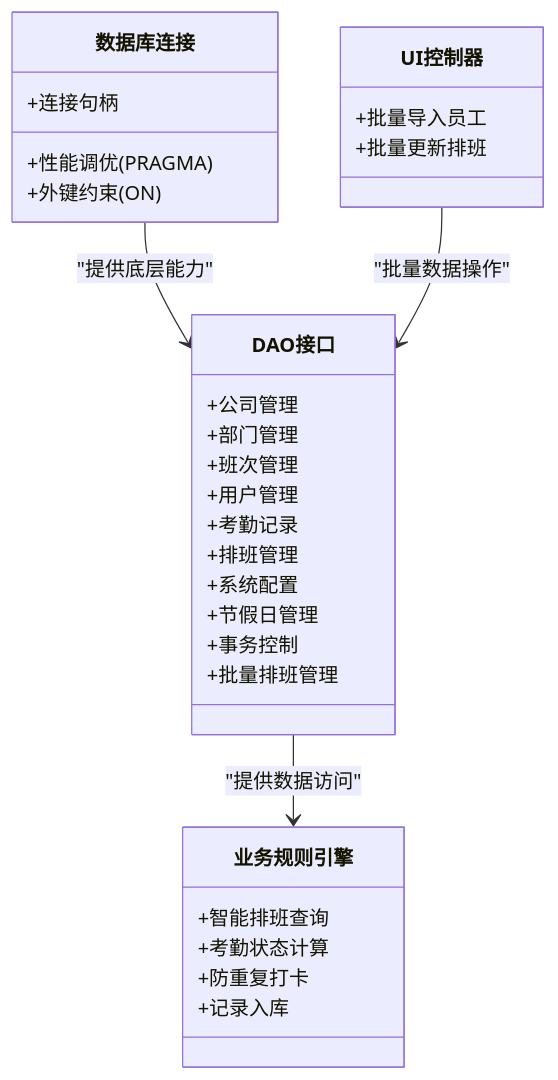
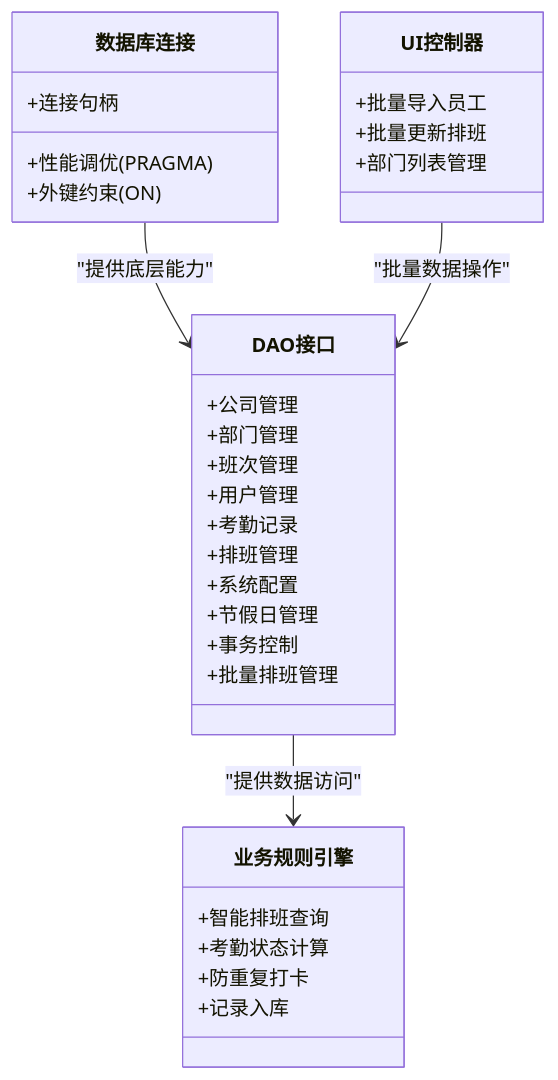
The second of 4 diagrams in .qoder/repowiki/zh/content/数据库设计.md (Drunk552/SmartAttendance), drawn with Mermaid before and after one commit. The commit also changed other lines of this file and 15 other files, not shown here.

````diff
--- a/.qoder/repowiki/zh/content/数据库设计.md
+++ b/.qoder/repowiki/zh/content/数据库设计.md
@@ -96,33 +104,34 @@
 ```mermaid
 classDiagram
 class 数据库连接 {
 +连接句柄
 +性能调优(PRAGMA)
 +外键约束(ON)
 }
 class DAO接口 {
 +公司管理
 +部门管理
 +班次管理
 +用户管理
 +考勤记录
 +排班管理
 +系统配置
 +节假日管理
 +事务控制
 +批量排班管理
 }
 class 业务规则引擎 {
 +智能排班查询
 +考勤状态计算
 +防重复打卡
 +记录入库
 }
 class UI控制器 {
 +批量导入员工
 +批量更新排班
++部门列表管理
 }
 数据库连接 --> DAO接口 : "提供底层能力"
 DAO接口 --> 业务规则引擎 : "提供数据访问"
 UI控制器 --> DAO接口 : "批量数据操作"
 ```
````
